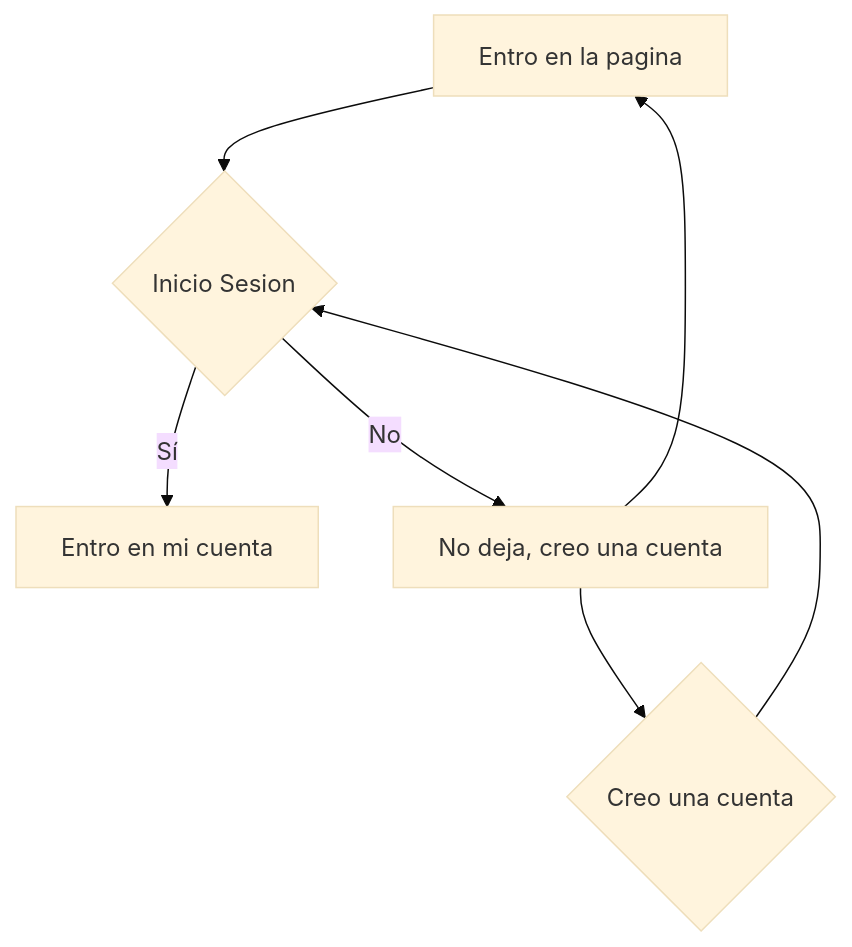
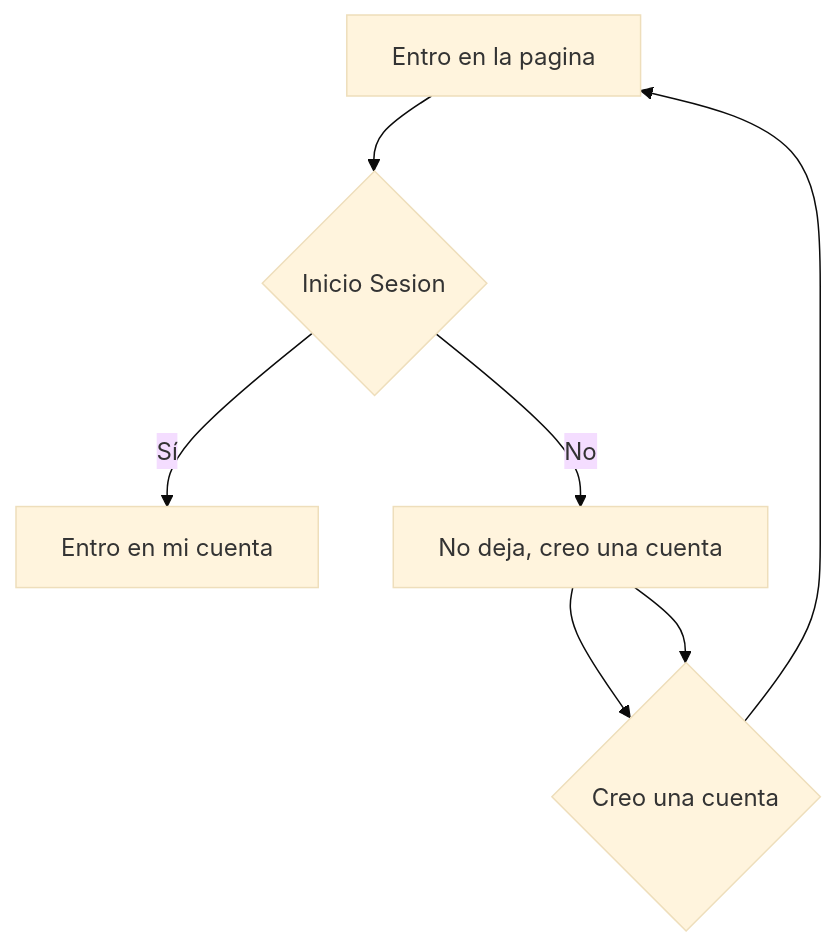
Before and after one commit to MyNameIsAlecs/Kahoot-UML: the second of 2 diagrams in README.md, drawn with Mermaid (base theme).

````diff
--- a/README.md
+++ b/README.md
@@ -56,9 +56,9 @@
 ```mermaid
 flowchart
     A[Entro en la pagina] --> B{Inicio Sesion}
     B -->|Sí| C[Entro en mi cuenta]
     B -->|No| D[No deja, creo una cuenta]
     D --> E{Creo una cuenta}
-    E --> B
-    D --> A
+    E --> A
+    D --> E
 ```
````
